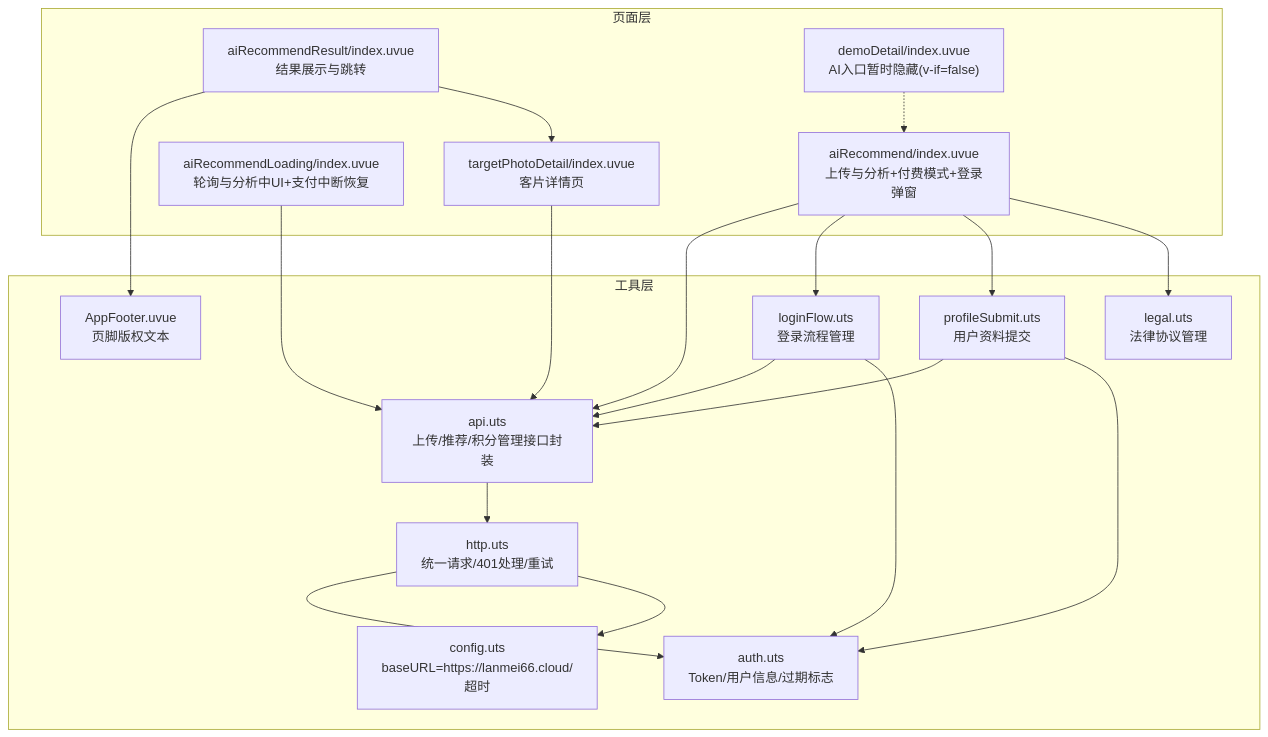
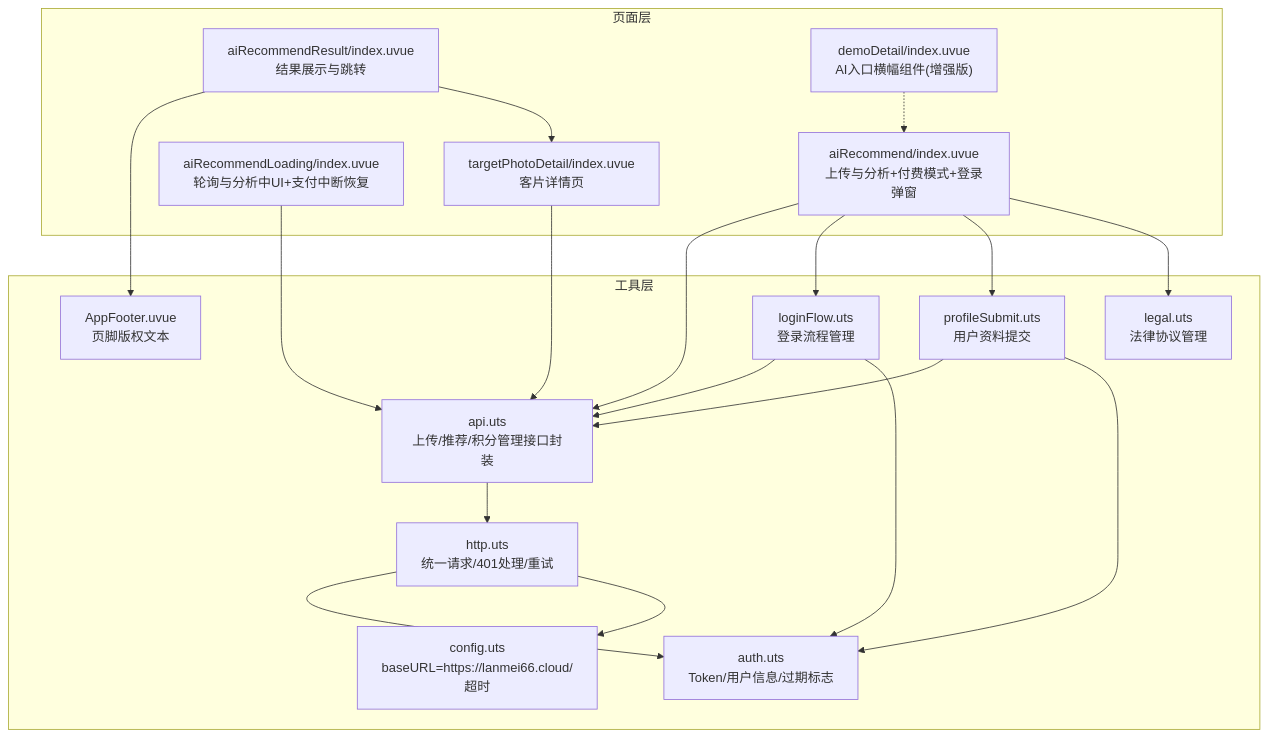
The first of 3 diagrams in .qoder/repowiki/zh/content/核心功能模块/AI服装推荐功能.md (crazyma99/blueberry), drawn with Mermaid before and after one commit. The commit also changed other lines of this file and 79 other files, not shown here.

````diff
--- a/.qoder/repowiki/zh/content/核心功能模块/AI服装推荐功能.md
+++ b/.qoder/repowiki/zh/content/核心功能模块/AI服装推荐功能.md
@@ -50,36 +51,36 @@
 ```mermaid
 graph TB
 subgraph "页面层"
 A["aiRecommend/index.uvue<br/>上传与分析+付费模式+登录弹窗"]
 B["aiRecommendLoading/index.uvue<br/>轮询与分析中UI+支付中断恢复"]
 C["aiRecommendResult/index.uvue<br/>结果展示与跳转"]
 D["targetPhotoDetail/index.uvue<br/>客片详情页"]
-E["demoDetail/index.uvue<br/>AI入口暂时隐藏(v-if=false)"]
+E["demoDetail/index.uvue<br/>AI入口横幅组件(增强版)"]
 end
 subgraph "工具层"
 F["api.uts<br/>上传/推荐/积分管理接口封装"]
 G["http.uts<br/>统一请求/401处理/重试"]
 H["auth.uts<br/>Token/用户信息/过期标志"]
 I["config.uts<br/>baseURL=https://lanmei66.cloud/超时"]
 J["loginFlow.uts<br/>登录流程管理"]
 K["profileSubmit.uts<br/>用户资料提交"]
 L["legal.uts<br/>法律协议管理"]
 M["AppFooter.uvue<br/>页脚版权文本"]
 end
 A --> F
 A --> J
 A --> K
 A --> L
 B --> F
 C --> M
 C --> D
 D --> F
 E -.-> A
 F --> G
 G --> H
 G --> I
 J --> F
 J --> H
 K --> F
 K --> H
 ```
````
